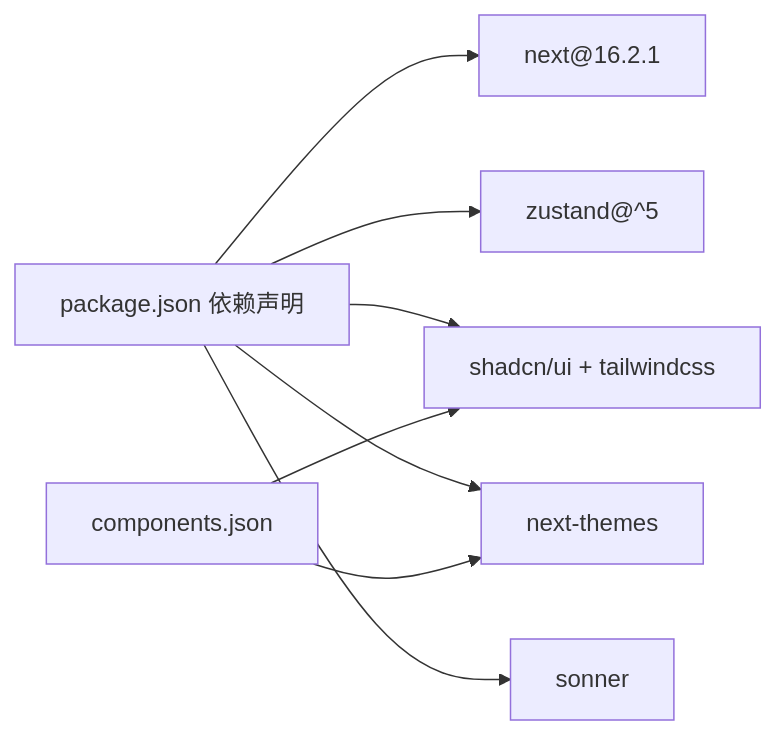
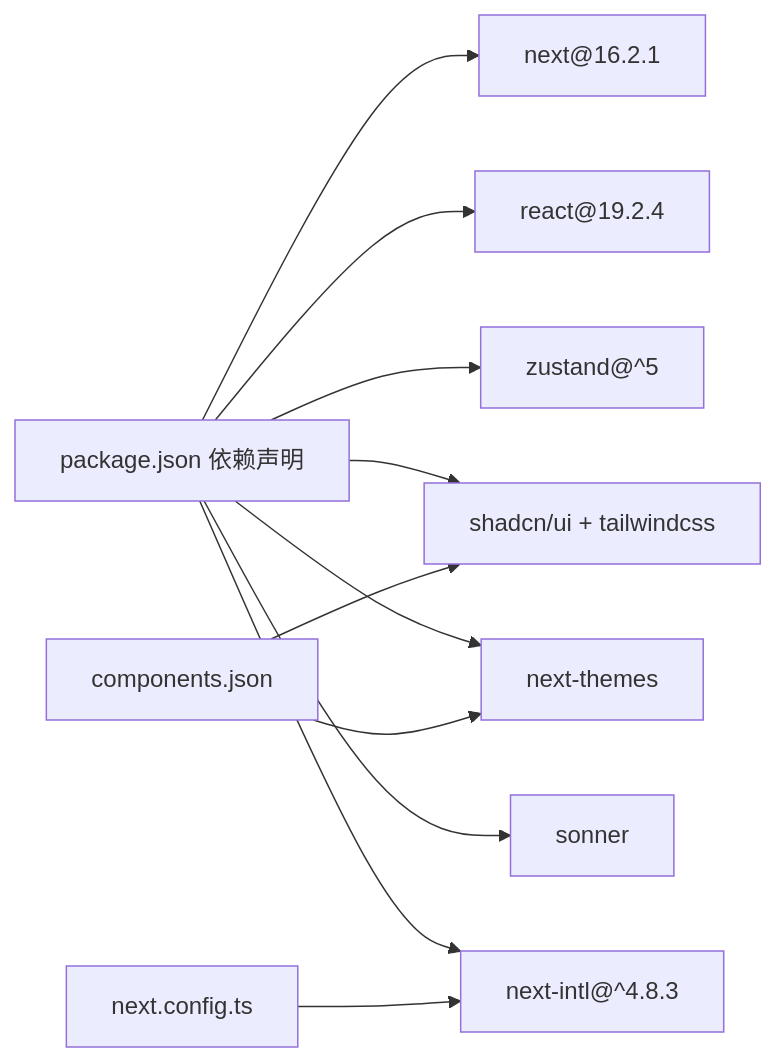
Before and after one commit to three3638-arch/celestia_2b: diagram 11 of 11 in .qoder/repowiki/zh/content/架构设计/前端架构设计.md, drawn with Mermaid. The commit also changed other lines of this file and 17 other files, not shown here.

````diff
--- a/.qoder/repowiki/zh/content/架构设计/前端架构设计.md
+++ b/.qoder/repowiki/zh/content/架构设计/前端架构设计.md
@@ -269,10 +444,13 @@
 ```mermaid
 graph LR
 Pkg["package.json 依赖声明"] --> Next["next@16.2.1"]
+Pkg --> React["react@19.2.4"]
 Pkg --> Zustand["zustand@^5"]
 Pkg --> UI["shadcn/ui + tailwindcss"]
 Pkg --> Themes["next-themes"]
 Pkg --> Toast["sonner"]
+Pkg --> Intl["next-intl@^4.8.3"]
 Cfg["components.json"] --> UI
 Cfg --> Themes
+NextConfig["next.config.ts"] --> Intl
 ```
````
